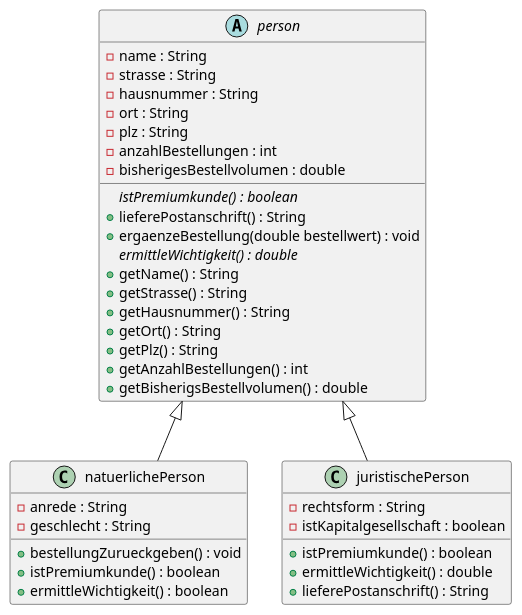
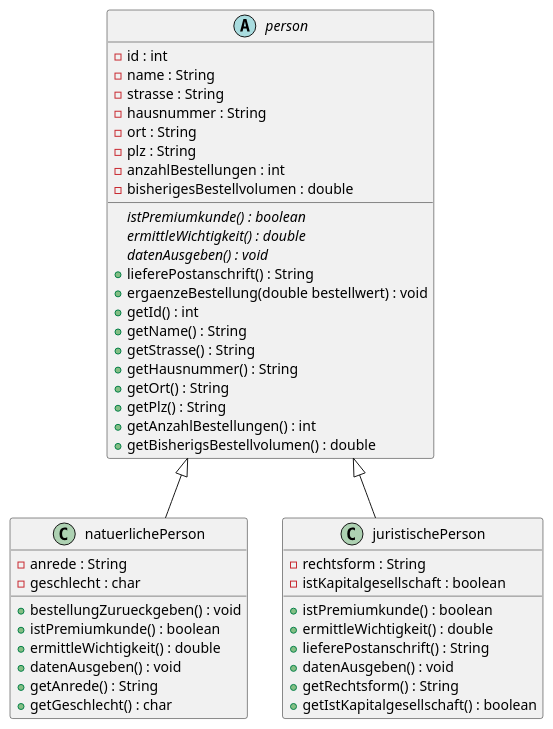
The diagram in src/class_diagramm.puml (gvogelge/kundenverwaltung), drawn with PlantUML before and after one commit. The commit also changed 4 other files, not shown here.

```diff
--- a/src/class_diagramm.puml
+++ b/src/class_diagramm.puml
@@ -1,40 +1,49 @@
 @startuml kundenverwaltungssystem
 
 abstract class person{
+    - id : int
     - name : String
     - strasse : String
     - hausnummer : String
     - ort : String
     - plz : String
     - anzahlBestellungen : int
     - bisherigesBestellvolumen : double
     {abstract} istPremiumkunde() : boolean
+    {abstract} ermittleWichtigkeit() : double
+    {abstract} datenAusgeben() : void
     + lieferePostanschrift() : String
     + ergaenzeBestellung(double bestellwert) : void
-    {abstract} ermittleWichtigkeit() : double
+    + getId() : int
     + getName() : String
     + getStrasse() : String
     + getHausnummer() : String
     + getOrt() : String
     + getPlz() : String
     + getAnzahlBestellungen() : int
     + getBisherigsBestellvolumen() : double
 }
 
 class natuerlichePerson extends person{
     - anrede : String
-    - geschlecht : String
+    - geschlecht : char
     + bestellungZurueckgeben() : void
     + istPremiumkunde() : boolean
-    + ermittleWichtigkeit() : boolean
+    + ermittleWichtigkeit() : double
+    + datenAusgeben() : void
+    + getAnrede() : String
+    + getGeschlecht() : char
 }
 
 class juristischePerson extends person{
     - rechtsform : String
     - istKapitalgesellschaft : boolean
     + istPremiumkunde() : boolean
     + ermittleWichtigkeit() : double
     + lieferePostanschrift() : String
+    + datenAusgeben() : void
+    + getRechtsform() : String
+    + getIstKapitalgesellschaft() : boolean
 }
 
 @enduml
```
